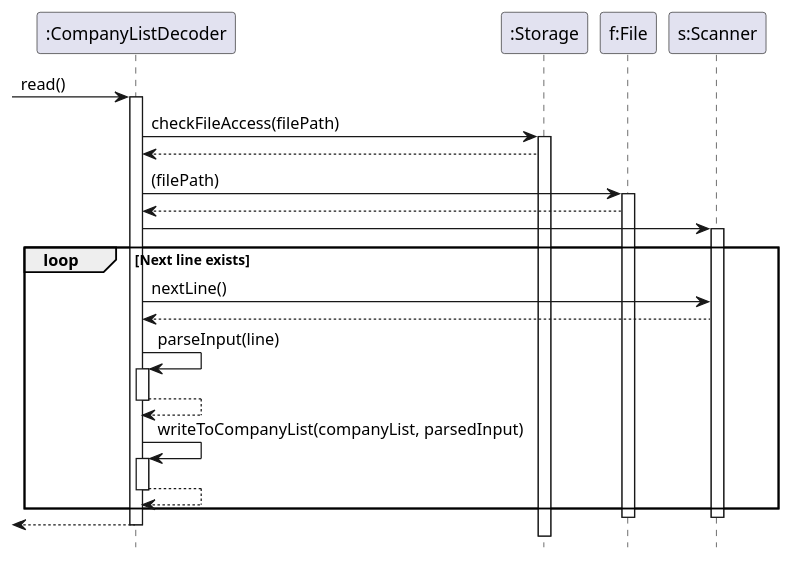
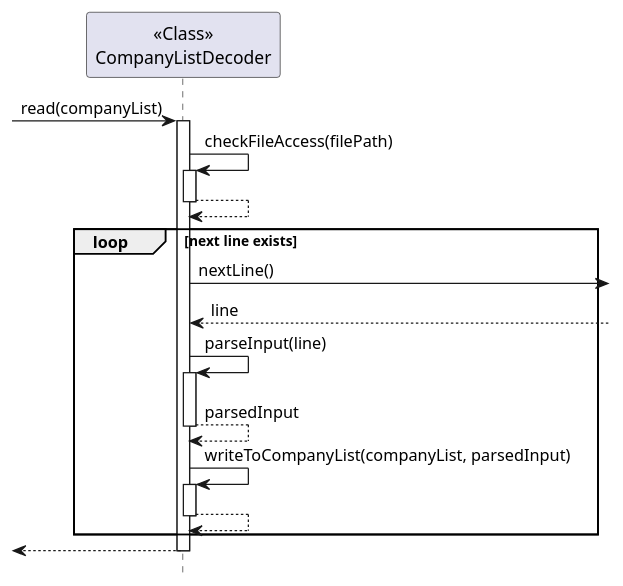
Before and after one commit to nus-cs2113-AY2223S2/tp: the diagram in docs/UML/Decoder.puml, drawn with PlantUML.

Commit message:
Update code for Decoder Sequence Diagram

```diff
--- a/docs/UML/Decoder.puml
+++ b/docs/UML/Decoder.puml
@@ -1,35 +1,31 @@
 @startuml
 'https://plantuml.com/sequence-diagram
 
 hide footbox
 
- -> ":CompanyListDecoder": read()
-     activate ":CompanyListDecoder"
-        ":CompanyListDecoder" -> ":Storage" :checkFileAccess(filePath)
-        activate ":Storage"
-        ":Storage" --> ":CompanyListDecoder"
-        ":CompanyListDecoder" -> "f:File" :(filePath)
-        activate "f:File"
-            "f:File" --> ":CompanyListDecoder"
-        ":CompanyListDecoder" -> "s:Scanner"
-        activate "s:Scanner"
-            loop Next line exists
-                ":CompanyListDecoder" -> "s:Scanner" : nextLine()
-                "s:Scanner" --> ":CompanyListDecoder"
+ -> "<<Class>>\nCompanyListDecoder": read(companyList)
+     activate "<<Class>>\nCompanyListDecoder"
 
-                ":CompanyListDecoder" -> ":CompanyListDecoder" :parseInput(line)
-                activate ":CompanyListDecoder"
-                ":CompanyListDecoder" --> ":CompanyListDecoder"
-                deactivate ":CompanyListDecoder"
+        "<<Class>>\nCompanyListDecoder" -> "<<Class>>\nCompanyListDecoder" :checkFileAccess(filePath)
+        activate "<<Class>>\nCompanyListDecoder"
+        "<<Class>>\nCompanyListDecoder" --> "<<Class>>\nCompanyListDecoder"
+        deactivate "<<Class>>\nCompanyListDecoder"
 
-                ":CompanyListDecoder" -> ":CompanyListDecoder" : writeToCompanyList(companyList, parsedInput)
-                activate ":CompanyListDecoder"
-                ":CompanyListDecoder" --> ":CompanyListDecoder"
-                deactivate ":CompanyListDecoder"
+            loop next line exists
+                "<<Class>>\nCompanyListDecoder" -> : nextLine()
+                "<<Class>>\nCompanyListDecoder" <--: line
+
+                "<<Class>>\nCompanyListDecoder" -> "<<Class>>\nCompanyListDecoder" : parseInput(line)
+                activate "<<Class>>\nCompanyListDecoder"
+                "<<Class>>\nCompanyListDecoder" --> "<<Class>>\nCompanyListDecoder" : parsedInput
+                deactivate "<<Class>>\nCompanyListDecoder"
+
+                "<<Class>>\nCompanyListDecoder" -> "<<Class>>\nCompanyListDecoder" : writeToCompanyList(companyList, parsedInput)
+                activate "<<Class>>\nCompanyListDecoder"
+                "<<Class>>\nCompanyListDecoder" --> "<<Class>>\nCompanyListDecoder"
+                deactivate "<<Class>>\nCompanyListDecoder"
             end
-        deactivate "f:File"
-        deactivate "s:Scanner"
-        <-- ":CompanyListDecoder"
-        deactivate ":CompanyListDecoder"
+        <-- "<<Class>>\nCompanyListDecoder"
+        deactivate "<<Class>>\nCompanyListDecoder"
 
 @enduml
```
